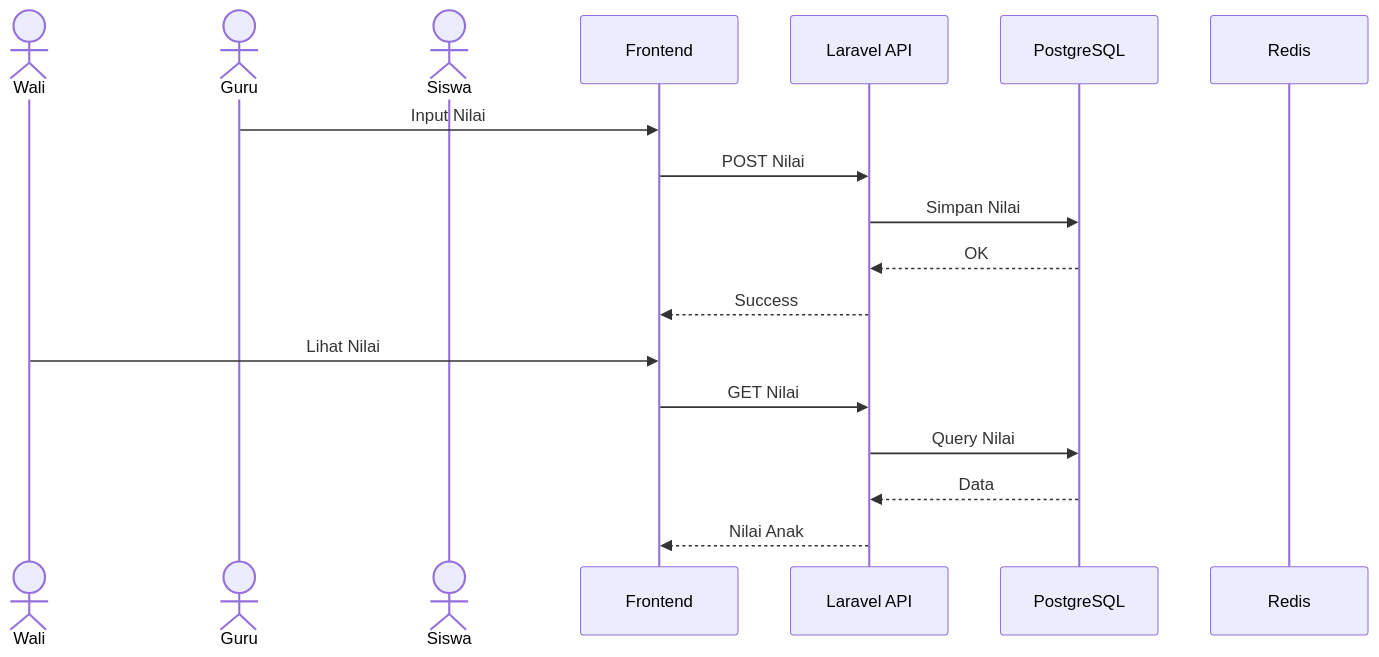
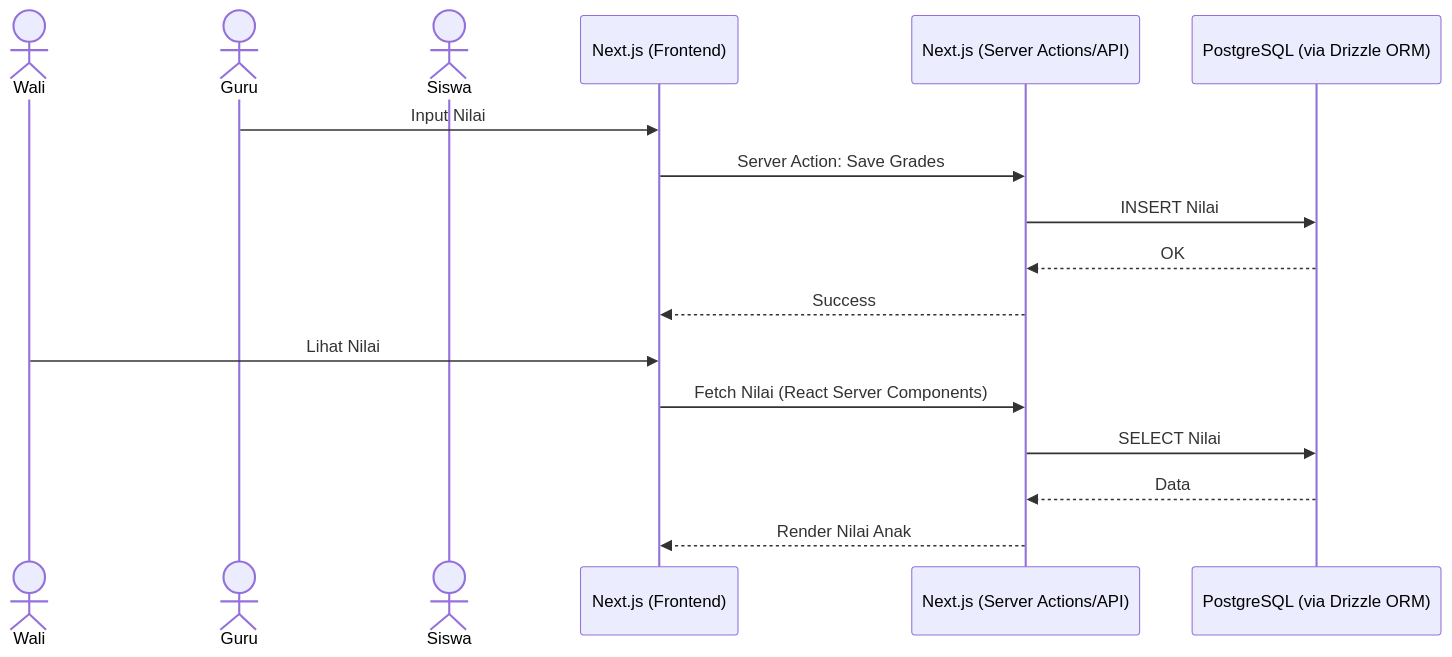
Before and after one commit to adtfbr/sdi-asih-auladi: the first of 2 diagrams in prd.md, drawn with Mermaid. The commit also changed other lines of this file and 58 other files, not shown here.

````diff
--- a/prd.md
+++ b/prd.md
@@ -277,24 +277,23 @@
 ```mermaid
 sequenceDiagram
 
 actor Wali
 actor Guru
 actor Siswa
 
-participant Frontend
-participant Laravel API
-participant PostgreSQL
-participant Redis
+participant Next.js (Frontend)
+participant Next.js (Server Actions/API)
+participant PostgreSQL (via Drizzle ORM)
 
-Guru->>Frontend: Input Nilai
-Frontend->>Laravel API: POST Nilai
-Laravel API->>PostgreSQL: Simpan Nilai
-PostgreSQL-->>Laravel API: OK
-Laravel API-->>Frontend: Success
+Guru->>Next.js (Frontend): Input Nilai
+Next.js (Frontend)->>Next.js (Server Actions/API): Server Action: Save Grades
+Next.js (Server Actions/API)->>PostgreSQL (via Drizzle ORM): INSERT Nilai
+PostgreSQL (via Drizzle ORM)-->>Next.js (Server Actions/API): OK
+Next.js (Server Actions/API)-->>Next.js (Frontend): Success
 
-Wali->>Frontend: Lihat Nilai
-Frontend->>Laravel API: GET Nilai
-Laravel API->>PostgreSQL: Query Nilai
-PostgreSQL-->>Laravel API: Data
-Laravel API-->>Frontend: Nilai Anak
+Wali->>Next.js (Frontend): Lihat Nilai
+Next.js (Frontend)->>Next.js (Server Actions/API): Fetch Nilai (React Server Components)
+Next.js (Server Actions/API)->>PostgreSQL (via Drizzle ORM): SELECT Nilai
+PostgreSQL (via Drizzle ORM)-->>Next.js (Server Actions/API): Data
+Next.js (Server Actions/API)-->>Next.js (Frontend): Render Nilai Anak
 ```
````
